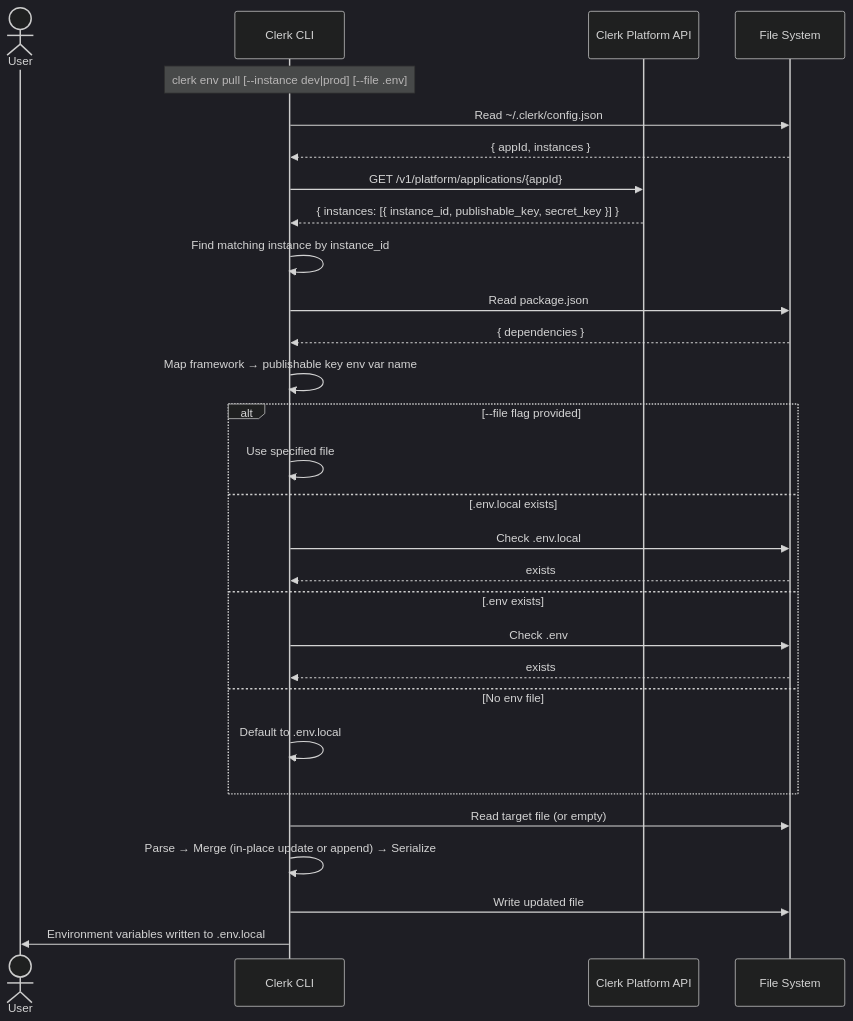
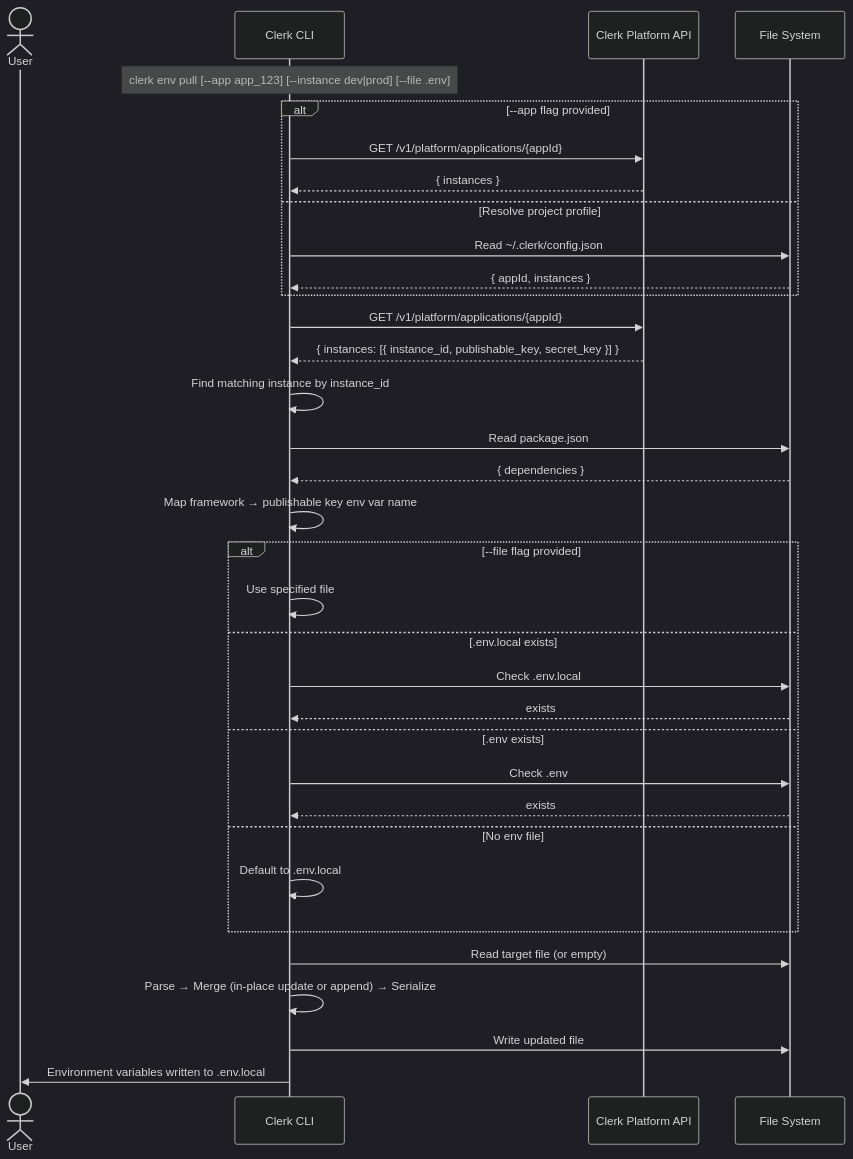
Before and after one commit to clerk/cli: the diagram in packages/cli-core/src/commands/env/README.md, drawn with Mermaid (dark theme). The commit also changed other lines of this file and 3 other files, not shown here.

First line of the commit message:
docs: document direct app targeting in CLI commands

````diff
--- a/packages/cli-core/src/commands/env/README.md
+++ b/packages/cli-core/src/commands/env/README.md
@@ -20,42 +21,46 @@
 ```mermaid
 sequenceDiagram
     actor User
     participant CLI as Clerk CLI
     participant API as Clerk Platform API
     participant FS as File System
 
-    Note over CLI: clerk env pull [--instance dev|prod] [--file .env]
+    Note over CLI: clerk env pull [--app app_123] [--instance dev|prod] [--file .env]
 
-    %% Resolve project profile
-    CLI->>FS: Read ~/.clerk/config.json
-    FS-->>CLI: { appId, instances }
+    alt --app flag provided
+        CLI->>API: GET /v1/platform/applications/{appId}
+        API-->>CLI: { instances }
+    else Resolve project profile
+        CLI->>FS: Read ~/.clerk/config.json
+        FS-->>CLI: { appId, instances }
+    end
 
     %% Fetch application with keys
     CLI->>API: GET /v1/platform/applications/{appId}
     API-->>CLI: { instances: [{ instance_id, publishable_key, secret_key }] }
     CLI->>CLI: Find matching instance by instance_id
 
     %% Detect framework
     CLI->>FS: Read package.json
     FS-->>CLI: { dependencies }
     CLI->>CLI: Map framework → publishable key env var name
 
     %% Resolve target file
     alt --file flag provided
         CLI->>CLI: Use specified file
     else .env.local exists
         CLI->>FS: Check .env.local
         FS-->>CLI: exists
     else .env exists
         CLI->>FS: Check .env
         FS-->>CLI: exists
     else No env file
         CLI->>CLI: Default to .env.local
     end
 
     %% Read, merge, write
     CLI->>FS: Read target file (or empty)
     CLI->>CLI: Parse → Merge (in-place update or append) → Serialize
     CLI->>FS: Write updated file
     CLI->>User: Environment variables written to .env.local
 ```
````
